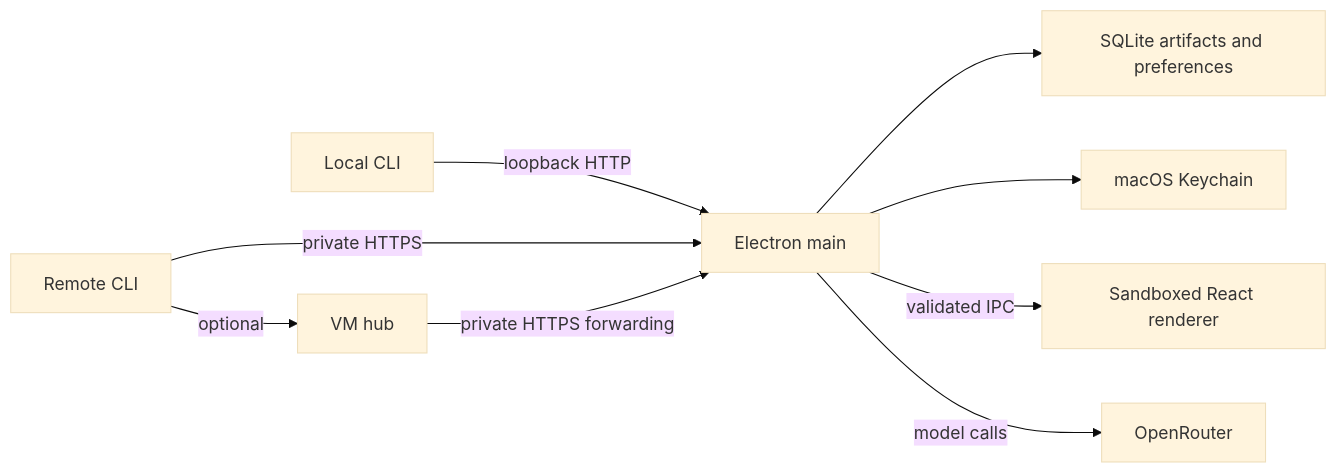
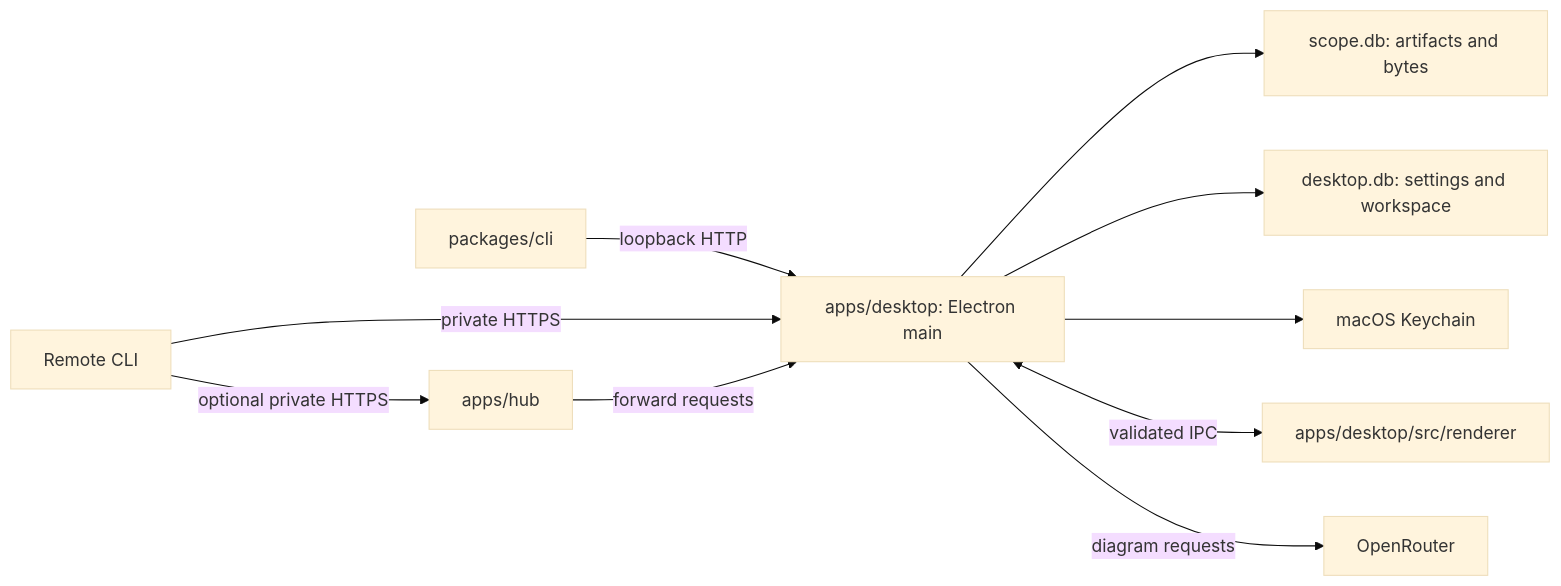
Before and after one commit to alundgren/irudd-scope: the diagram in docs/architecture.md, drawn with Mermaid (base theme). The commit also changed other lines of this file and 47 other files, not shown here.

````diff
--- a/docs/architecture.md
+++ b/docs/architecture.md
@@ -5,11 +7,12 @@
 ```mermaid
 flowchart LR
-    CLI[Local CLI] -->|loopback HTTP| Desktop[Electron main]
+    CLI[packages/cli] -->|loopback HTTP| Desktop[apps/desktop: Electron main]
     Remote[Remote CLI] -->|private HTTPS| Desktop
-    Remote -->|optional| Hub[VM hub]
-    Hub -->|private HTTPS forwarding| Desktop
-    Desktop --> SQLite[SQLite artifacts and preferences]
+    Remote -->|optional private HTTPS| Hub[apps/hub]
+    Hub -->|forward requests| Desktop
+    Desktop --> Artifacts[scope.db: artifacts and bytes]
+    Desktop --> Preferences[desktop.db: settings and workspace]
     Desktop --> Keychain[macOS Keychain]
-    Desktop -->|validated IPC| UI[Sandboxed React renderer]
-    Desktop -->|model calls| Provider[OpenRouter]
+    Desktop <-->|validated IPC| UI[apps/desktop/src/renderer]
+    Desktop -->|diagram requests| Provider[OpenRouter]
 ```
````
